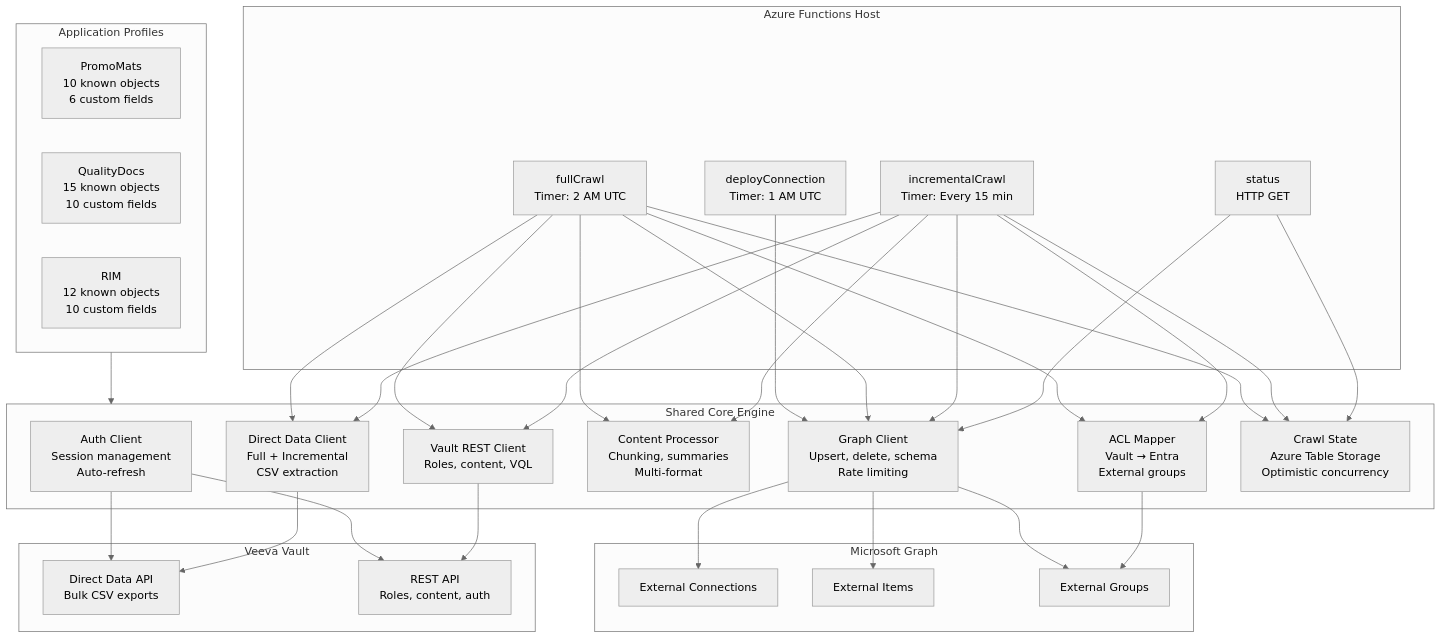
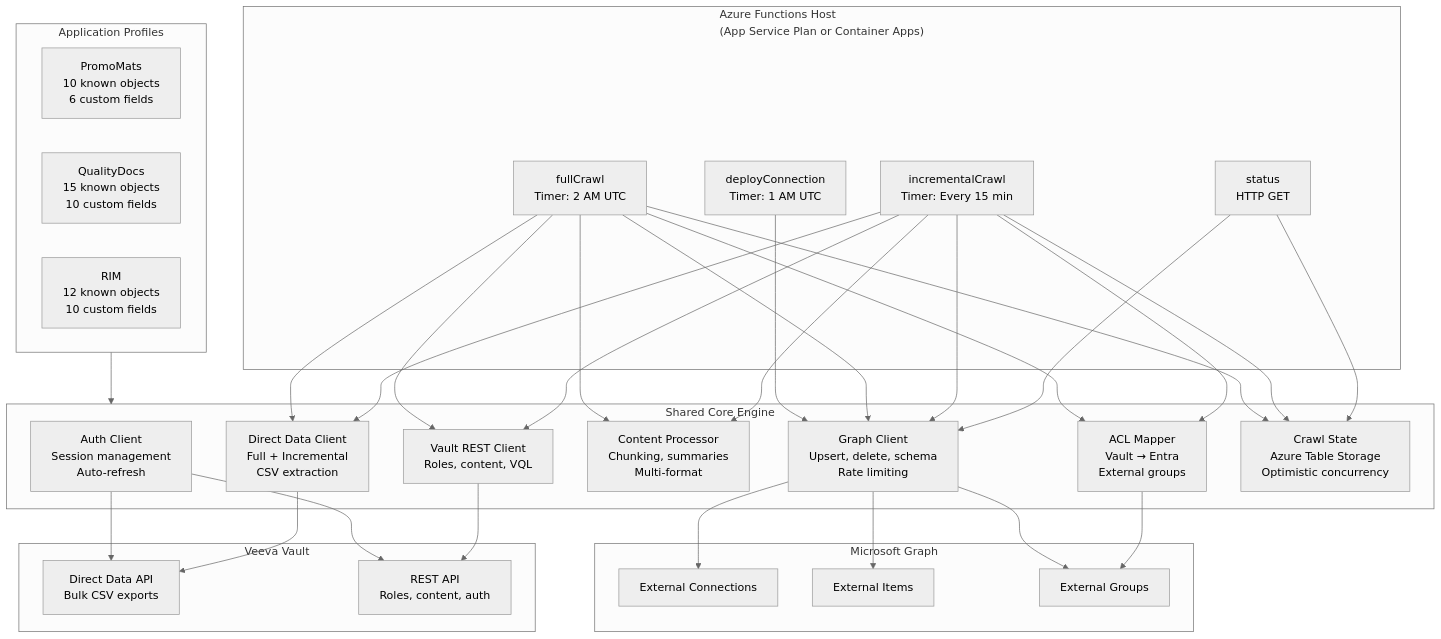
Before and after one commit to boddev/veeva-vault-connector: the first of 5 diagrams in README.md, drawn with Mermaid (neutral theme). The commit also changed other lines of this file and 7 other files, not shown here.

First line of the commit message:
Add Standard SKU support and Azure Container Apps deployment

````diff
--- a/README.md
+++ b/README.md
@@ -63,48 +64,48 @@
 ```mermaid
 graph TB
-    subgraph Azure["Azure Functions Host"]
+    subgraph Azure["Azure Functions Host<br/>(App Service Plan or Container Apps)"]
         Deploy["deployConnection<br/>Timer: 1 AM UTC"]
         Full["fullCrawl<br/>Timer: 2 AM UTC"]
         Incr["incrementalCrawl<br/>Timer: Every 15 min"]
         Status["status<br/>HTTP GET"]
     end
 
     subgraph Profiles["Application Profiles"]
         PM["PromoMats<br/>10 known objects<br/>6 custom fields"]
         QD["QualityDocs<br/>15 known objects<br/>10 custom fields"]
         RM["RIM<br/>12 known objects<br/>10 custom fields"]
     end
 
     subgraph Core["Shared Core Engine"]
         Auth["Auth Client<br/>Session management<br/>Auto-refresh"]
         DDA["Direct Data Client<br/>Full + Incremental<br/>CSV extraction"]
         REST["Vault REST Client<br/>Roles, content, VQL"]
         CP["Content Processor<br/>Chunking, summaries<br/>Multi-format"]
         ACL["ACL Mapper<br/>Vault → Entra<br/>External groups"]
         GC["Graph Client<br/>Upsert, delete, schema<br/>Rate limiting"]
         CS["Crawl State<br/>Azure Table Storage<br/>Optimistic concurrency"]
     end
 
     subgraph Veeva["Veeva Vault"]
         VDDA["Direct Data API<br/>Bulk CSV exports"]
         VREST["REST API<br/>Roles, content, auth"]
     end
 
     subgraph Graph["Microsoft Graph"]
         EC["External Connections"]
         EI["External Items"]
         EG["External Groups"]
     end
 
     Deploy --> GC
     Full --> DDA & REST & CP & ACL & GC & CS
     Incr --> DDA & REST & CP & ACL & GC & CS
     Status --> CS & GC
 
     Profiles --> Core
     Auth --> VDDA & VREST
     DDA --> VDDA
     REST --> VREST
     GC --> EC & EI & EG
     ACL --> EG
 ```
````
